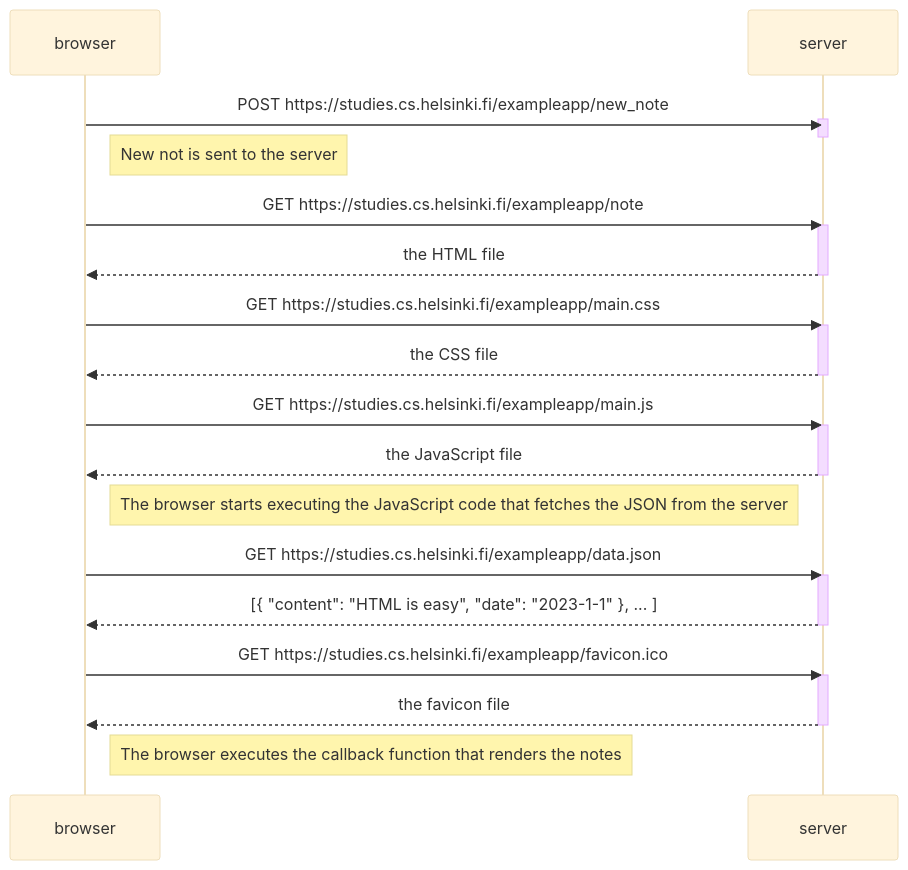
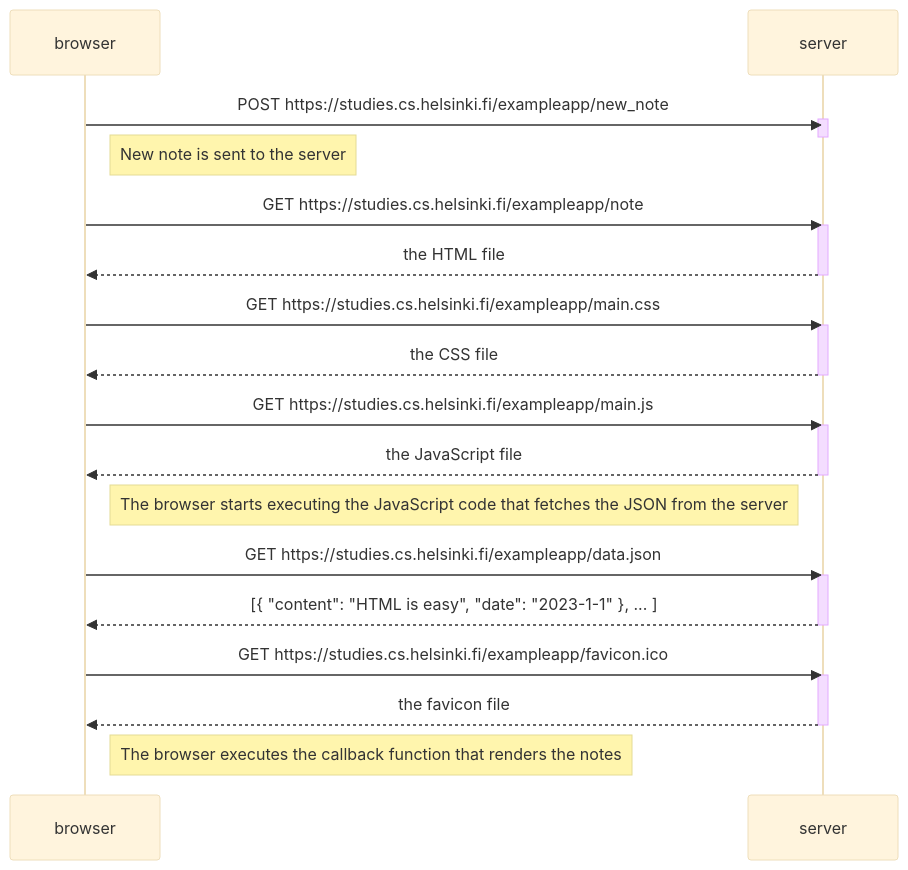
The diagram in part0/new-note-diagram.md (bogdano/helsinki), drawn with Mermaid (base theme) before and after one commit.

````diff
--- a/part0/new-note-diagram.md
+++ b/part0/new-note-diagram.md
@@ -1,39 +1,39 @@
 ```mermaid
 sequenceDiagram
     participant browser
     participant server
     
     browser->>server: POST https://studies.cs.helsinki.fi/exampleapp/new_note
     activate server    
     deactivate server
 
-    Note right of browser: New not is sent to the server
+    Note right of browser: New note is sent to the server
     
     browser->>server: GET https://studies.cs.helsinki.fi/exampleapp/note
     activate server
     server-->>browser: the HTML file
     deactivate server
 
     browser->>server: GET https://studies.cs.helsinki.fi/exampleapp/main.css
     activate server
     server-->>browser: the CSS file
     deactivate server
     
     browser->>server: GET https://studies.cs.helsinki.fi/exampleapp/main.js
     activate server
     server-->>browser: the JavaScript file
     deactivate server
     
     Note right of browser: The browser starts executing the JavaScript code that fetches the JSON from the server
     
     browser->>server: GET https://studies.cs.helsinki.fi/exampleapp/data.json
     activate server
     server-->>browser: [{ "content": "HTML is easy", "date": "2023-1-1" }, ... ]
     deactivate server    
     browser->>server: GET https://studies.cs.helsinki.fi/exampleapp/favicon.ico
     activate server
     server-->>browser: the favicon file
     deactivate server
 
     Note right of browser: The browser executes the callback function that renders the notes 
 ```
````
